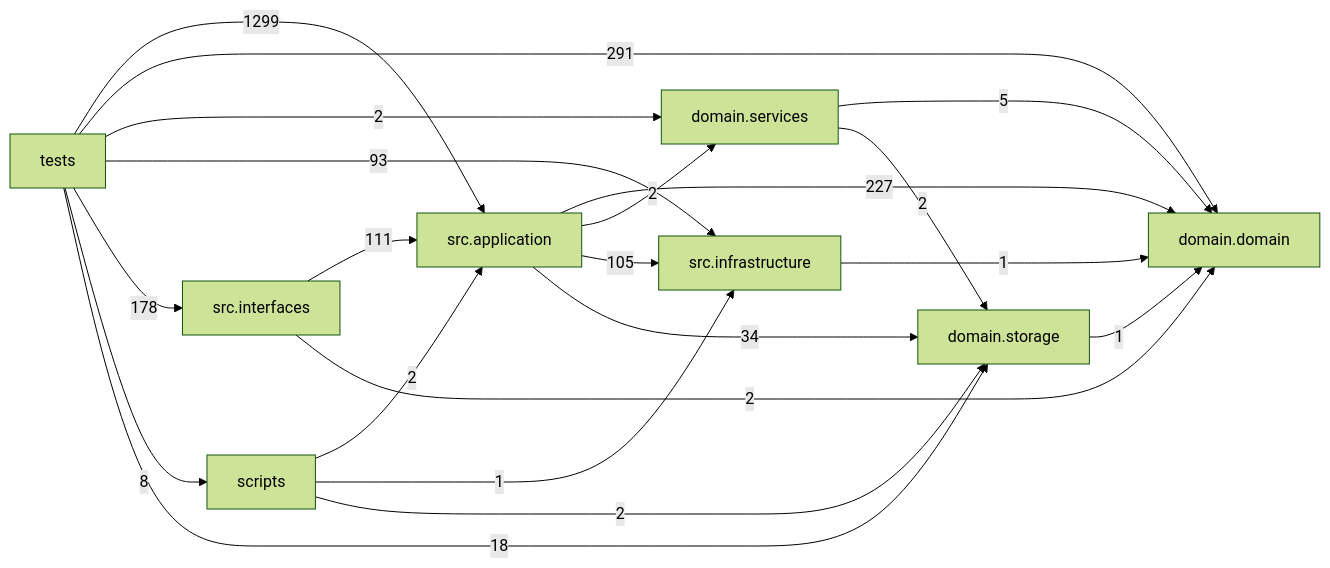
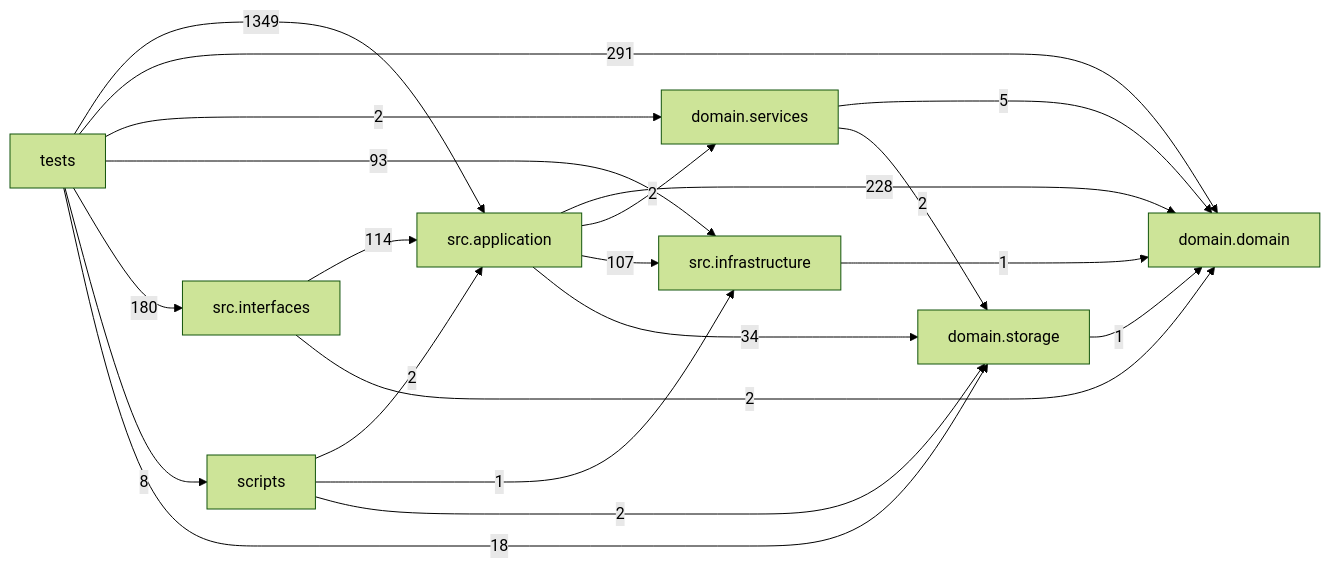
The diagram in docs/DEPENDENCY_GRAPH.md (liuxie066/options-monitor), drawn with Mermaid (forest theme) before and after one commit. The commit also changed other lines of this file and 62 other files, not shown here.

````diff
--- a/docs/DEPENDENCY_GRAPH.md
+++ b/docs/DEPENDENCY_GRAPH.md
@@ -24,31 +24,31 @@
 ```mermaid
 flowchart LR
   tests["tests"]
   scripts["scripts"]
   interfaces["src.interfaces"]
   application["src.application"]
   infrastructure["src.infrastructure"]
   domain_services["domain.services"]
   domain["domain.domain"]
   storage["domain.storage"]
-  application -->|227| domain
+  application -->|228| domain
   application -->|2| domain_services
-  application -->|105| infrastructure
+  application -->|107| infrastructure
   application -->|34| storage
   domain_services -->|5| domain
   domain_services -->|2| storage
   infrastructure -->|1| domain
-  interfaces -->|111| application
+  interfaces -->|114| application
   interfaces -->|2| domain
   scripts -->|2| application
   scripts -->|1| infrastructure
   scripts -->|2| storage
   storage -->|1| domain
-  tests -->|1299| application
+  tests -->|1349| application
   tests -->|291| domain
   tests -->|2| domain_services
   tests -->|93| infrastructure
-  tests -->|178| interfaces
+  tests -->|180| interfaces
   tests -->|8| scripts
   tests -->|18| storage
 ```
````
